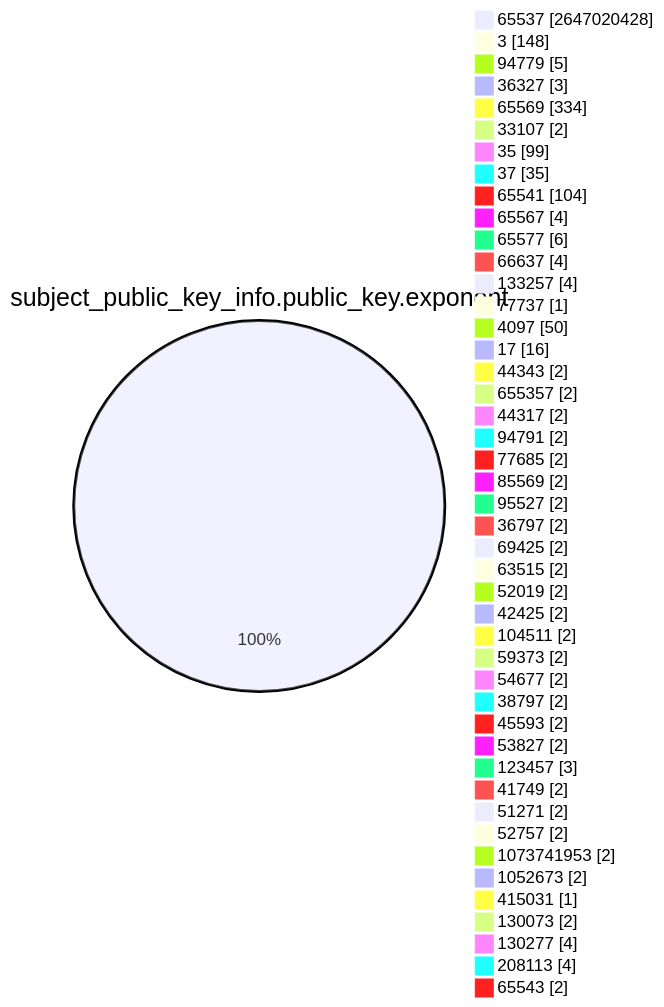
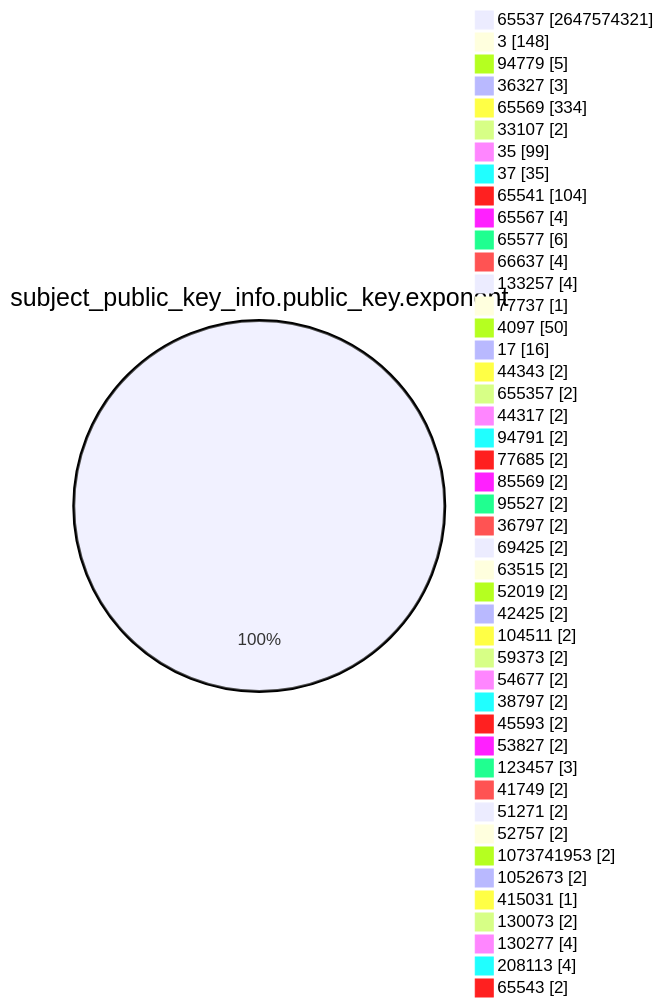
The fourth of 15 diagrams in TOTAL/README.md (christiankrug/ctmonitor_visualization), drawn with Mermaid before and after one commit. The commit also changed other lines of this file, not shown here.

````diff
--- a/TOTAL/README.md
+++ b/TOTAL/README.md
@@ -1467,49 +1467,49 @@
 ```mermaid
 pie showData
 title subject_public_key_info.public_key.exponent
-"65537" :2647020428
+"65537" :2647574321
 "3" :148
 "94779" :5
 "36327" :3
 "65569" :334
 "33107" :2
 "35" :99
 "37" :35
 "65541" :104
 "65567" :4
 "65577" :6
 "66637" :4
 "133257" :4
 "77737" :1
 "4097" :50
 "17" :16
 "44343" :2
 "655357" :2
 "44317" :2
 "94791" :2
 "77685" :2
 "85569" :2
 "95527" :2
 "36797" :2
 "69425" :2
 "63515" :2
 "52019" :2
 "42425" :2
 "104511" :2
 "59373" :2
 "54677" :2
 "38797" :2
 "45593" :2
 "53827" :2
 "123457" :3
 "41749" :2
 "51271" :2
 "52757" :2
 "1073741953" :2
 "1052673" :2
 "415031" :1
 "130073" :2
 "130277" :4
 "208113" :4
 "65543" :2
 ```
````
